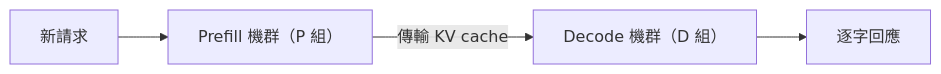
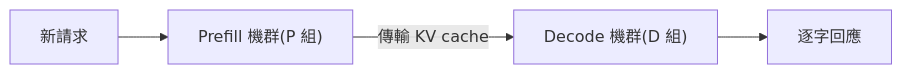
Before and after one commit to johnnyhwu/AI-Research: the fifth of 6 diagrams in done/unpublished/vLLM-Agentic-Serving/article.md, drawn with Mermaid. The commit also changed other lines of this file, not shown here.

````diff
--- a/done/unpublished/vLLM-Agentic-Serving/article.md
+++ b/done/unpublished/vLLM-Agentic-Serving/article.md
@@ -444,6 +442,6 @@
 ```mermaid
 flowchart LR
-  req["新請求"] --> P["Prefill 機群（P 組）"]
-  P -->|傳輸 KV cache| D["Decode 機群（D 組）"]
+  req["新請求"] --> P["Prefill 機群(P 組)"]
+  P -->|傳輸 KV cache| D["Decode 機群(D 組)"]
   D --> resp["逐字回應"]
 ```
````
